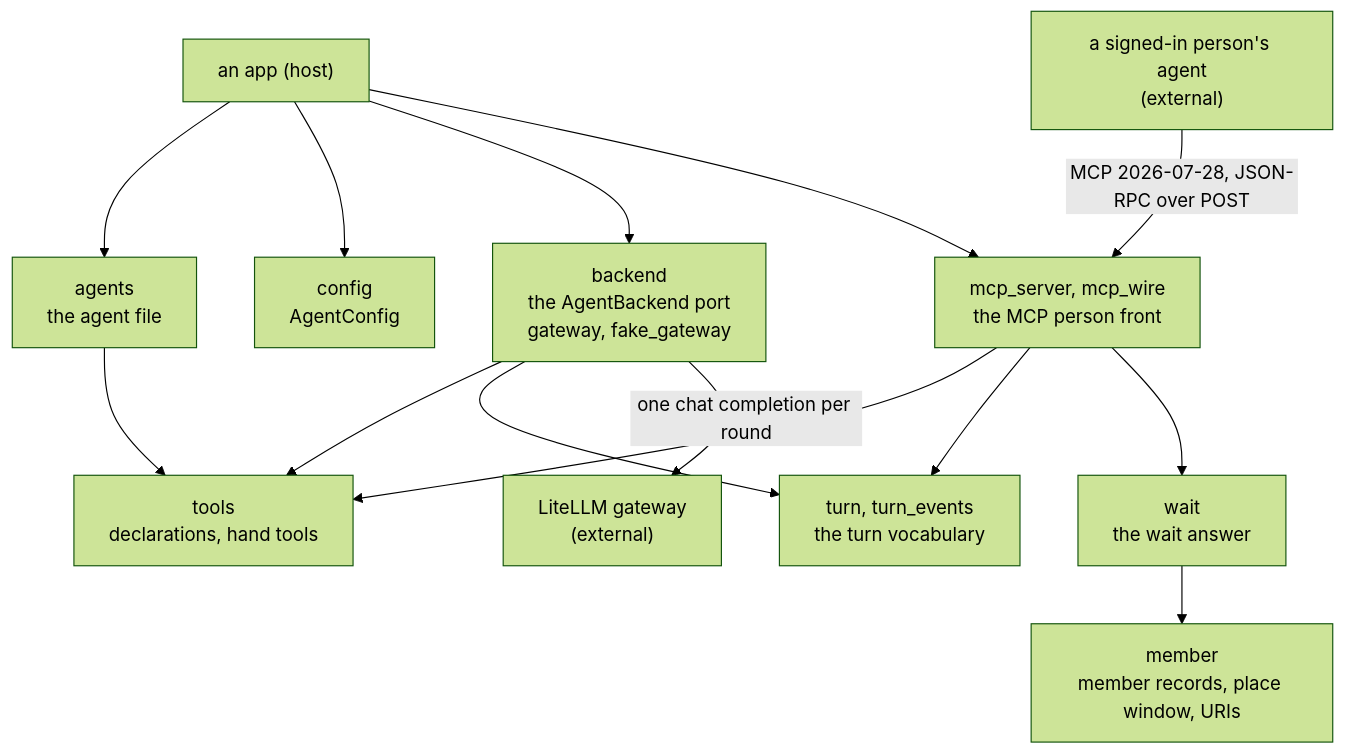
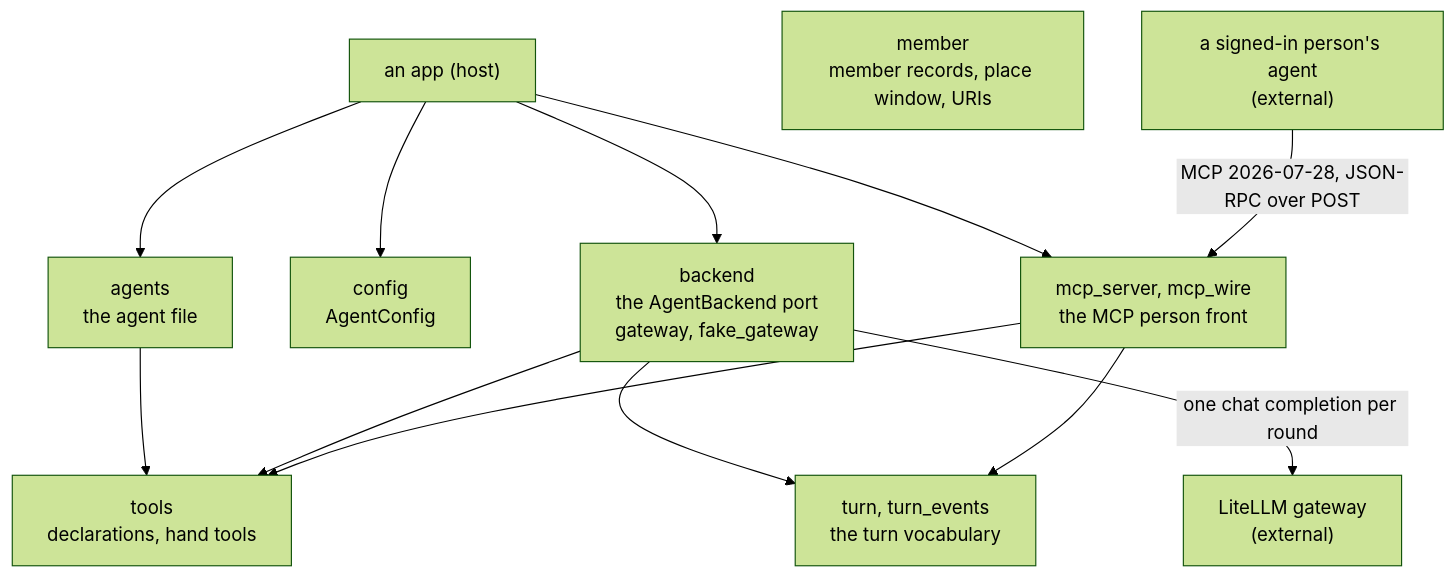
One commit to overnightworks/agent-runtime changed the first of 2 diagrams in docs/ARCHITECTURE.md. Above: the diagram before and after it, drawn with Mermaid (forest theme). The commit also changed other lines of this file and 12 other files, not shown here.

````diff
--- a/docs/ARCHITECTURE.md
+++ b/docs/ARCHITECTURE.md
@@ -14,28 +14,25 @@
 ```mermaid
 flowchart TB
     app["an app (host)"]
     agents["agents<br/>the agent file"]
     tools["tools<br/>declarations, hand tools"]
     config["config<br/>AgentConfig"]
     backend["backend<br/>the AgentBackend port<br/>gateway, fake_gateway"]
     turn["turn, turn_events<br/>the turn vocabulary"]
     mcp["mcp_server, mcp_wire<br/>the MCP person front"]
-    wait["wait<br/>the wait answer"]
     member["member<br/>member records, place window, URIs"]
-    wait --> member
     gateway["LiteLLM gateway<br/>(external)"]
     person["a signed-in person's agent<br/>(external)"]
 
     app --> agents
     app --> config
     app --> backend
     app --> mcp
     agents --> tools
     backend --> tools
     backend --> turn
     mcp --> tools
     mcp --> turn
-    mcp --> wait
     backend -->|"one chat completion per round"| gateway
     person -->|"MCP 2026-07-28, JSON-RPC over POST"| mcp
 ```
````
